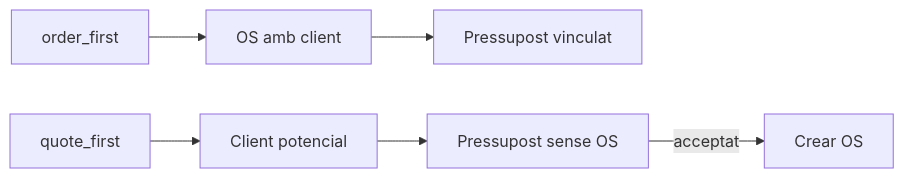
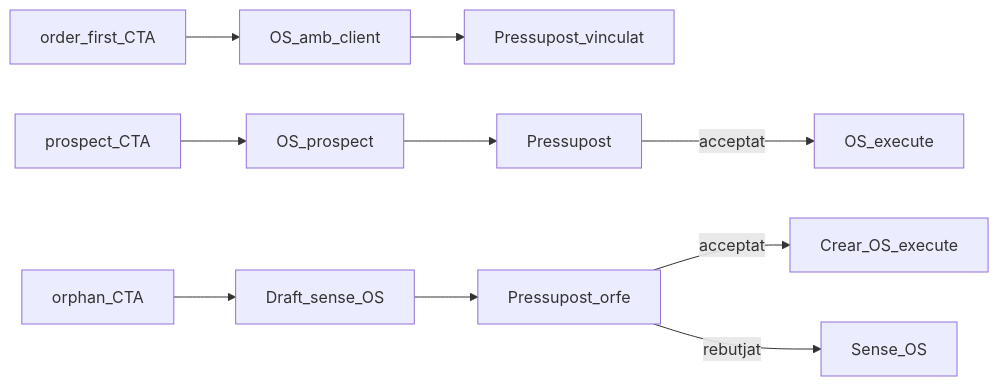
One commit to jordidevops/pimed-app changed the diagram in docs/plans/commercial-flow/06-sales-entry-modes-quote-first.md. Above: the diagram before and after it, drawn with Mermaid. The commit also changed other lines of this file and 85 other files, not shown here.

````diff
--- a/docs/plans/commercial-flow/06-sales-entry-modes-quote-first.md
+++ b/docs/plans/commercial-flow/06-sales-entry-modes-quote-first.md
@@ -28,8 +42,12 @@
 ```mermaid
 flowchart LR
-  OF[order_first] --> OS[OS amb client]
-  OS --> Q1[Pressupost vinculat]
-  QF[quote_first] --> Lead[Client potencial]
-  Lead --> Q2[Pressupost sense OS]
-  Q2 -->|acceptat| OS2[Crear OS]
+  OF[order_first_CTA] --> OS[OS_amb_client]
+  OS --> Q1[Pressupost_vinculat]
+  Pros[prospect_CTA] --> OSP[OS_prospect]
+  OSP --> Q2[Pressupost]
+  Q2 -->|acceptat| Exec[OS_execute]
+  Orf[orphan_CTA] --> Draft[Draft_sense_OS]
+  Draft --> Q3[Pressupost_orfe]
+  Q3 -->|acceptat| OSNew[Crear_OS_execute]
+  Q3 -->|rebutjat| Done[Sense_OS]
 ```
````
